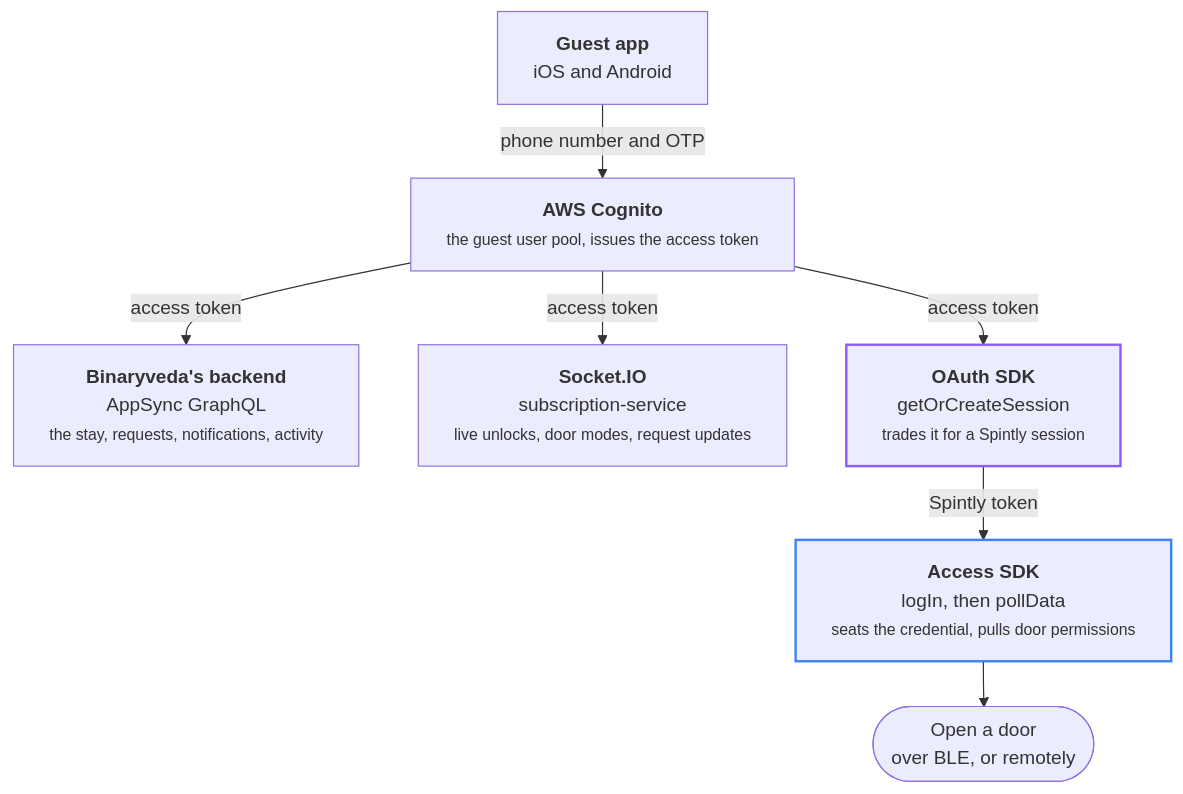
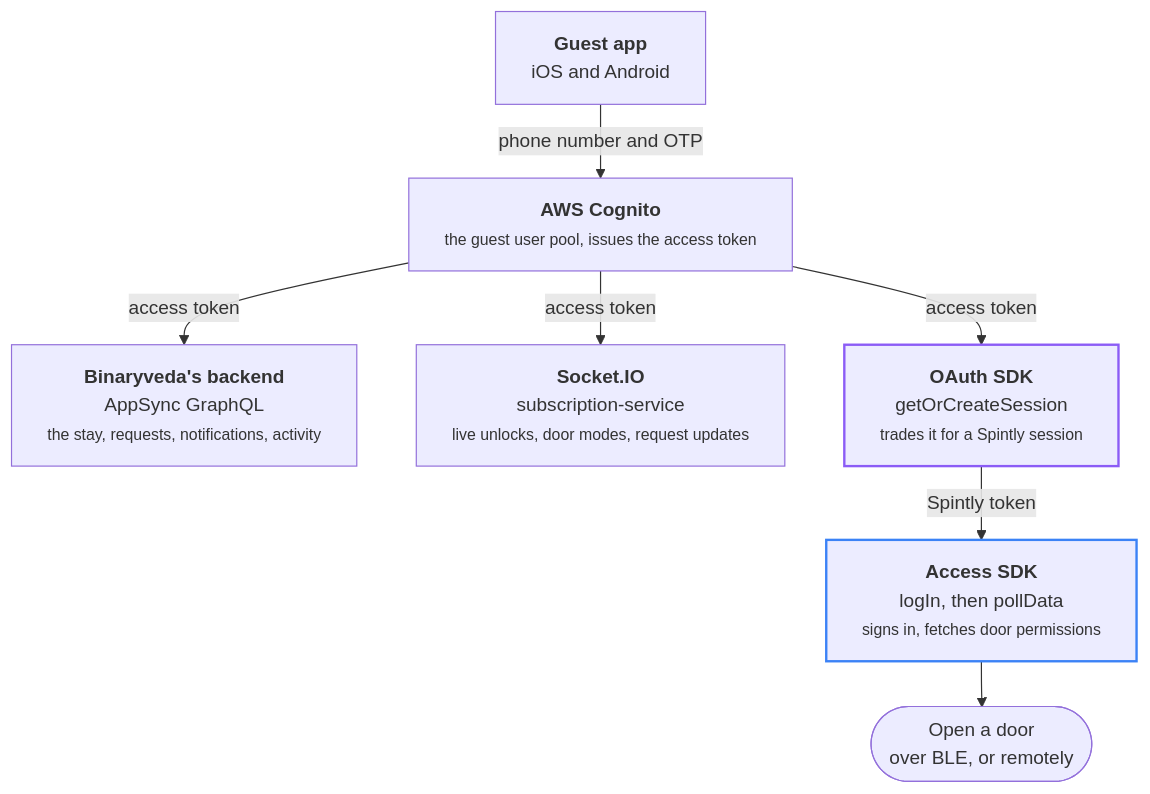
Before and after one commit to Yash-Wadatkar-Binaryveda/sdk-docs-site: the first of 2 diagrams in docs/guest/index.md, drawn with Mermaid. The commit also changed other lines of this file and 106 other files, not shown here.

````diff
--- a/docs/guest/index.md
+++ b/docs/guest/index.md
@@ -16,16 +16,16 @@
 ```mermaid
 %%{init:{"flowchart":{"wrappingWidth":300,"rankSpacing":38}}}%%
 flowchart TD
     APP["<b>Guest app</b><br/>iOS and Android"]
     APP -->|phone number and OTP| C["<b>AWS Cognito</b><br/><small>the guest user pool, issues the access token</small>"]
     C -->|access token| G["<b>Binaryveda's backend</b><br/>AppSync GraphQL<br/><small>the stay, requests, notifications, activity</small>"]
     C -->|access token| S["<b>Socket.IO</b><br/>subscription-service<br/><small>live unlocks, door modes, request updates</small>"]
     C -->|access token| O["<b>OAuth SDK</b><br/>getOrCreateSession<br/><small>trades it for a Spintly session</small>"]
-    O -->|Spintly token| A["<b>Access SDK</b><br/>logIn, then pollData<br/><small>seats the credential, pulls door permissions</small>"]
+    O -->|Spintly token| A["<b>Access SDK</b><br/>logIn, then pollData<br/><small>signs in, fetches door permissions</small>"]
     A --> L(["Open a door<br/>over BLE, or remotely"])
 
     classDef sdkOauth stroke:#8b5cf6,stroke-width:2px
     classDef sdkAccess stroke:#3b82f6,stroke-width:2px
     class O sdkOauth
     class A sdkAccess
 ```
````
